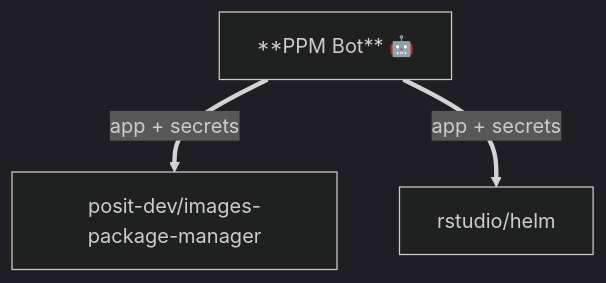
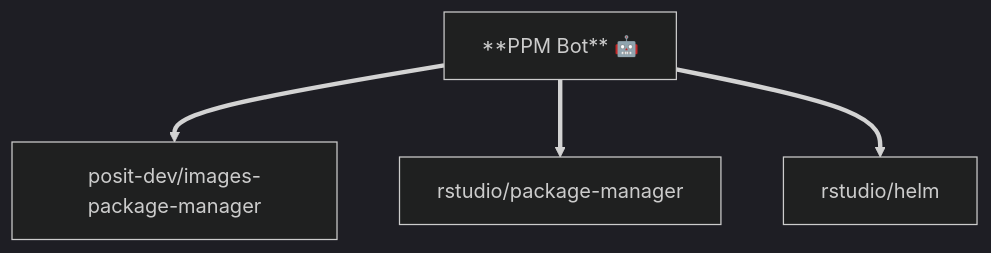
Before and after one commit to posit-dev/images-shared: the fourth of 5 diagrams in pulumi/github/github-apps/README.md, drawn with Mermaid (dark theme). The commit also changed other lines of this file and 2 other files, not shown here.

First line of the commit message:
Add product repos to bot installations

````diff
--- a/pulumi/github/github-apps/README.md
+++ b/pulumi/github/github-apps/README.md
@@ -78,7 +83,8 @@
 ```mermaid
 graph TD
     BOT["**PPM Bot** 🤖"]
 
-    BOT ==>|app + secrets| IP["posit-dev/images-package-manager"]
-    BOT ==>|app + secrets| HELM["rstudio/helm"]
+    BOT ==> IP["posit-dev/images-package-manager"]
+    BOT ==> PPM["rstudio/package-manager"]
+    BOT ==> HELM["rstudio/helm"]
 ```
````
